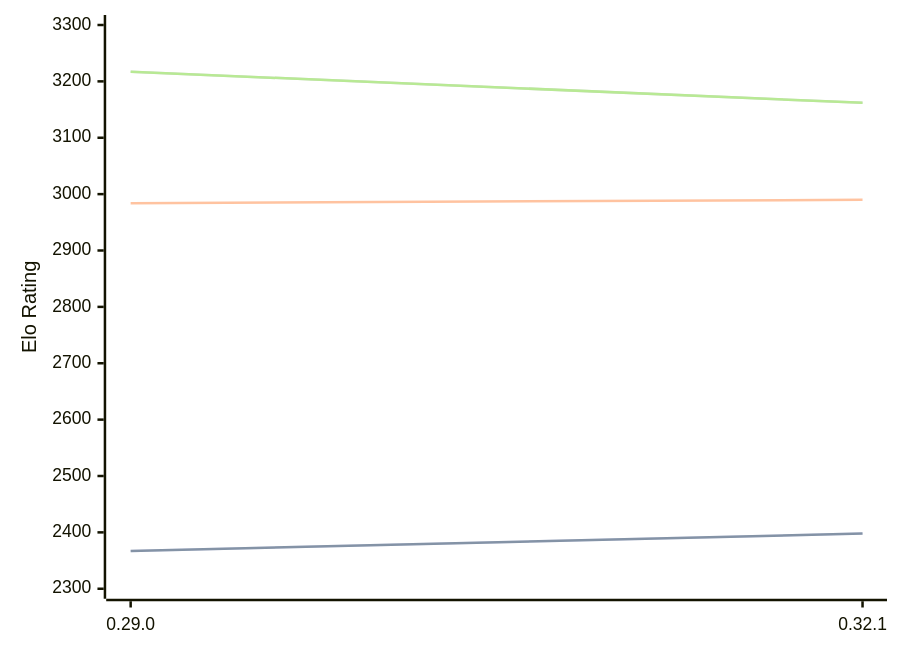
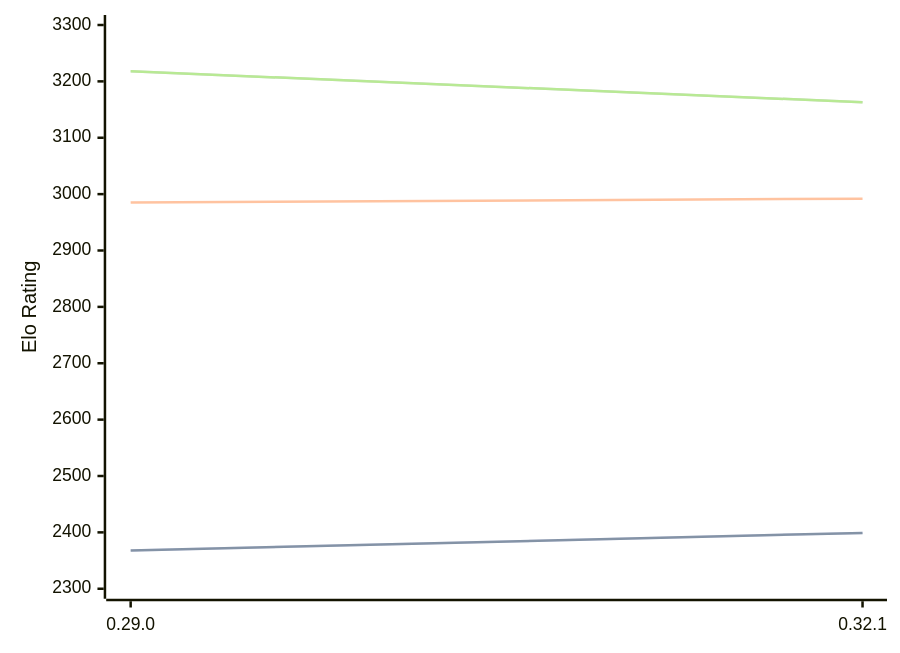
One commit to computer-chess-index/cci changed the diagram in engines/Lc0.md. Above: the diagram before and after it, drawn with Mermaid. The commit also changed other lines of this file, not shown here.

Commit message:
Update CCI Ratings (ELO VLTC) - 2026-07-24

````diff
--- a/engines/Lc0.md
+++ b/engines/Lc0.md
@@ -68,11 +68,11 @@
 ```mermaid
 %%{init: {"theme":"base","themeVariables":{"seriesColors:['#a3a3a3','#222221','#faa371']}}}%%
 xychart-beta
   x-axis ["0.29.0", "0.32.1"]
   y-axis "Elo Rating" 2300 --> 3300
-  line "STC (8.0+0.08s)" [2367, 2398]
-  line "STC (8.0+0.08s)" [2367, 2398]
-  line "LTC (60.0+0.60s)" [2984, 2990]
-  line "VLTC (2m24s+1.12s)" [3217, 3162]
-  line "VLTC (2m24s+1.12s)" [3217, 3162]
+  line "STC (8.0+0.08s)" [2368, 2399]
+  line "STC (8.0+0.08s)" [2368, 2399]
+  line "LTC (60.0+0.60s)" [2985, 2992]
+  line "VLTC (2m24s+1.12s)" [3218, 3163]
+  line "VLTC (2m24s+1.12s)" [3218, 3163]
 ```
````
